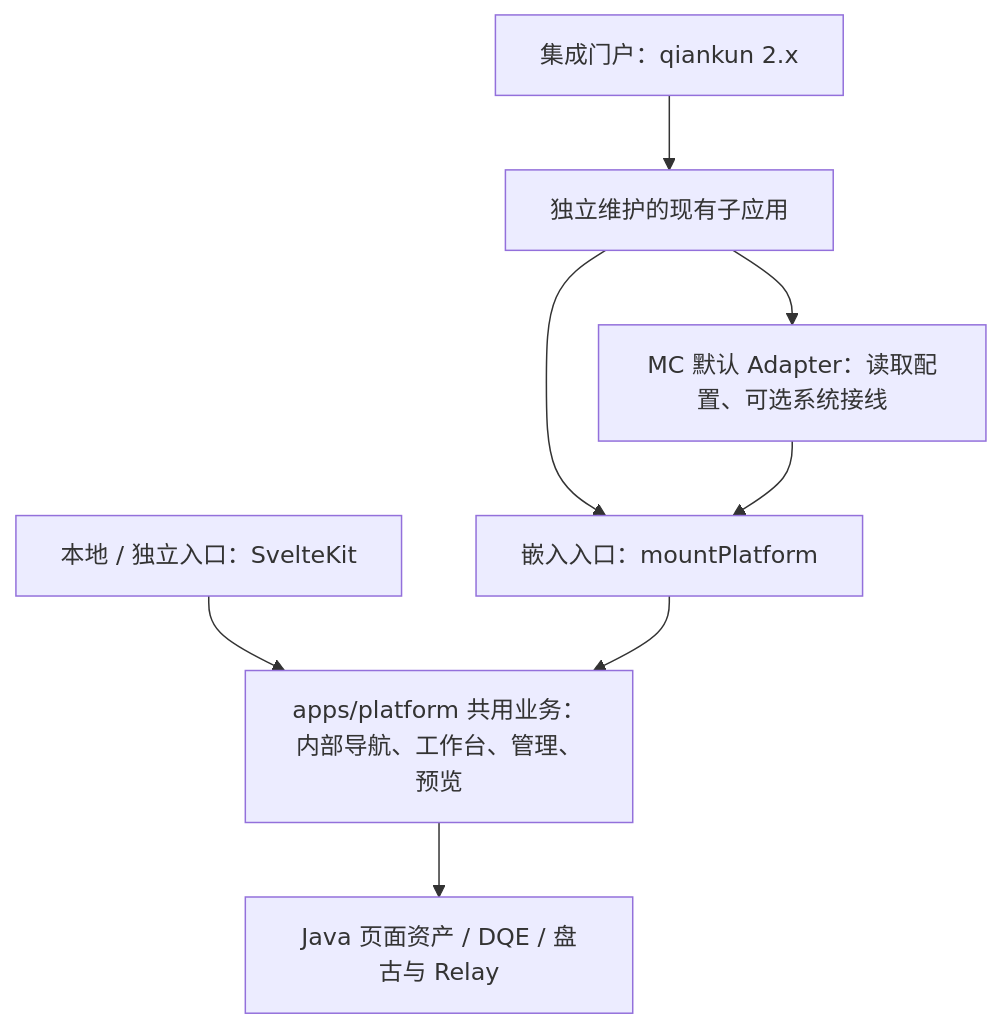
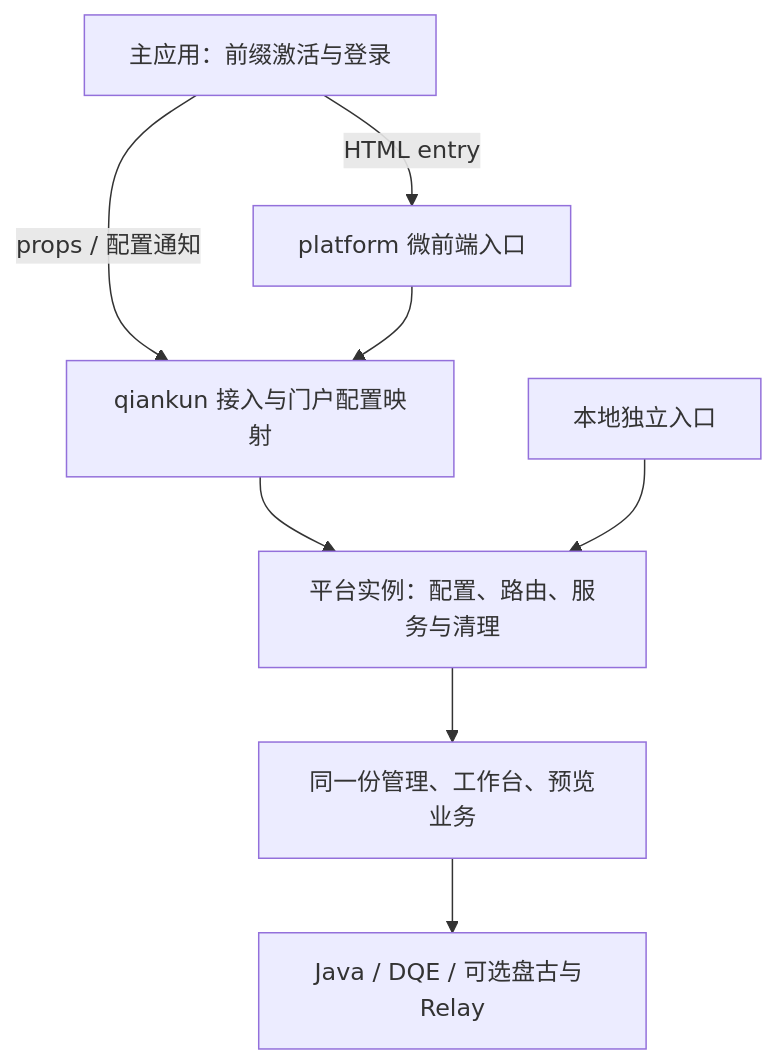
The diagram in docs/plan/qiankun-platform/integration-plan.md (CCharlesMeng/MetricCanvas), drawn with Mermaid before and after one commit. The commit also changed other lines of this file and 60 other files, not shown here.

Commit message:
feat(platform): deliver qiankun HTML microfrontend with instance lifecycle

````diff
--- a/docs/plan/qiankun-platform/integration-plan.md
+++ b/docs/plan/qiankun-platform/integration-plan.md
@@ -22,14 +23,10 @@
 ```mermaid
-flowchart TB
-  Local[本地 / 独立入口：SvelteKit]
-  Portal[集成门户：qiankun 2.x]
-  Child[独立维护的现有子应用]
-  Entry[嵌入入口：mountPlatform]
-  Factory[MC 默认 Adapter：读取配置、可选系统接线]
-  Shared[apps/platform 共用业务：内部导航、工作台、管理、预览]
-  Services[Java 页面资产 / DQE / 盘古与 Relay]
-  Local --> Shared
-  Portal --> Child --> Entry --> Shared
-  Child --> Factory --> Entry
-  Shared --> Services
+flowchart TD
+  Portal[主应用：前缀激活与登录] -->|HTML entry| Entry[platform 微前端入口]
+  Portal -->|props / 配置通知| Bridge[qiankun 接入与门户配置映射]
+  Entry --> Bridge
+  Bridge --> Instance[平台实例：配置、路由、服务与清理]
+  Local[本地独立入口] --> Instance
+  Instance --> Views[同一份管理、工作台、预览业务]
+  Views --> Services[Java / DQE / 可选盘古与 Relay]
 ```
````
